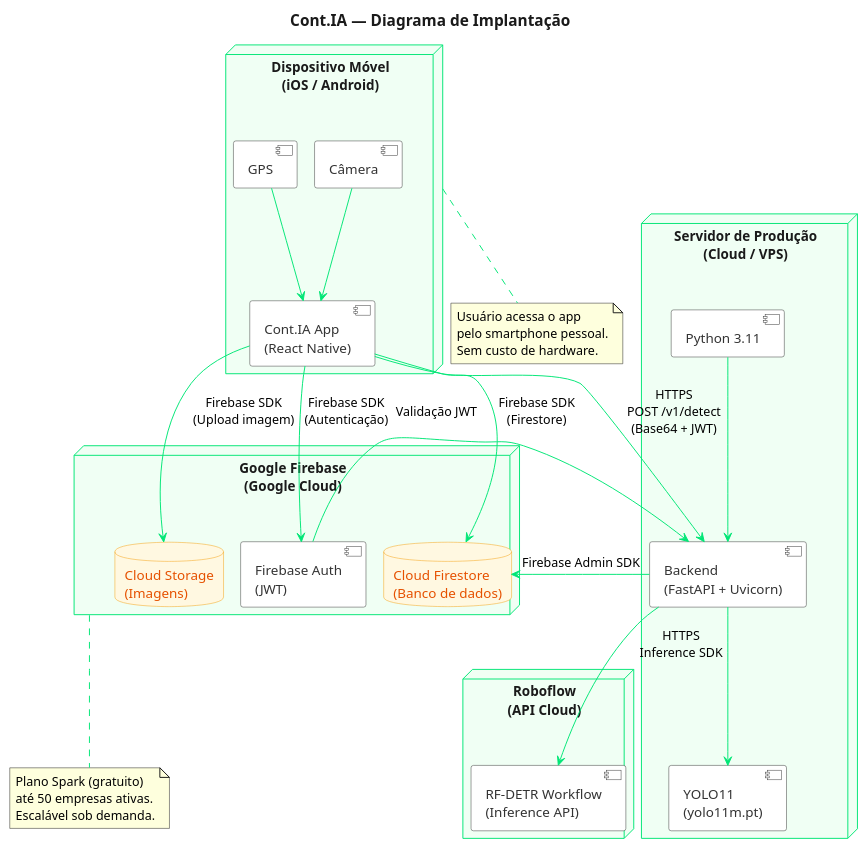
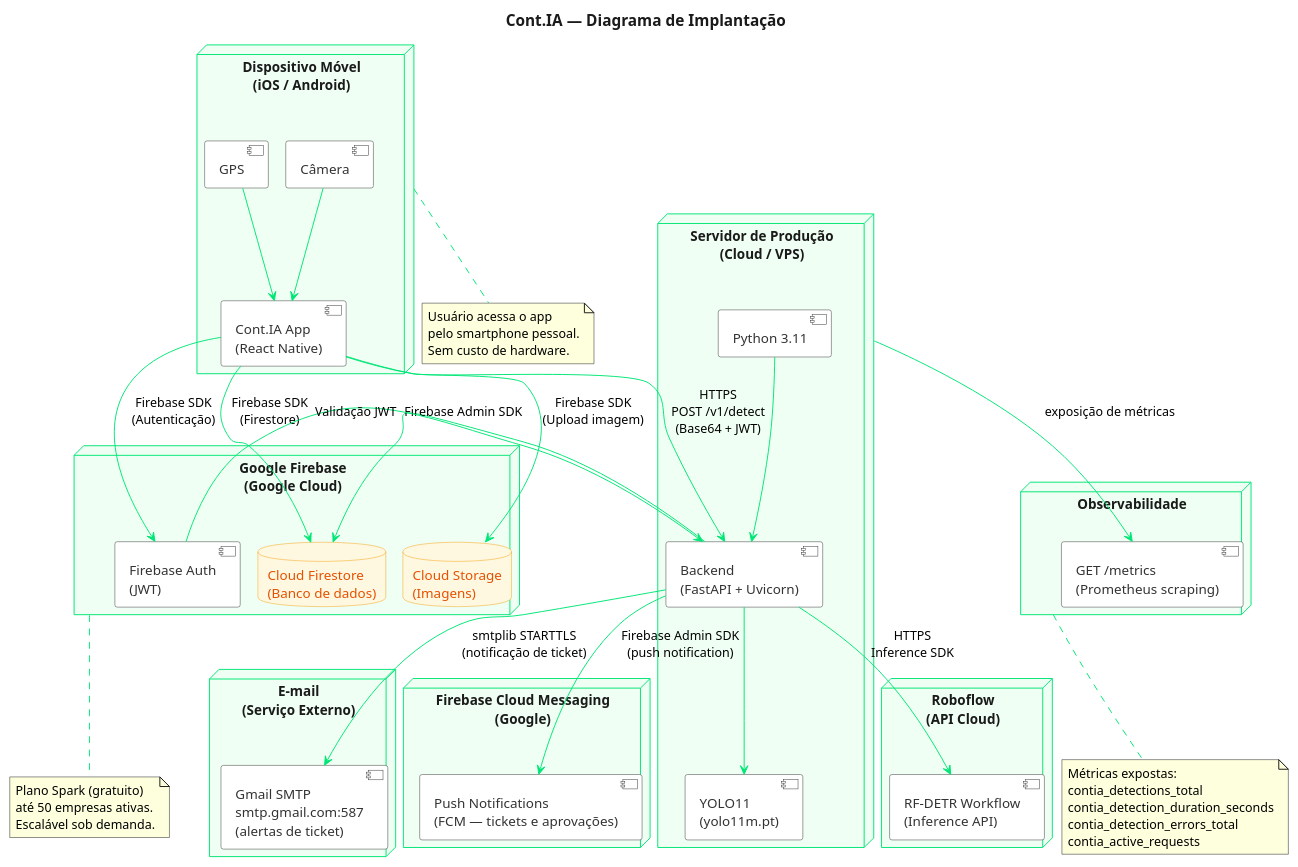
One commit to JuBertoldo/cont-ia changed the diagram in docs/diagramas/05_implantacao.puml. Above: the diagram before and after it, drawn with PlantUML. The commit also changed 6 other files, not shown here.

First line of the commit message:
docs(diagramas): atualizar 7 diagramas para refletir estado real do código

```diff
--- a/docs/diagramas/05_implantacao.puml
+++ b/docs/diagramas/05_implantacao.puml
@@ -1,68 +1,91 @@
 @startuml 05_implantacao
 !pragma layout smetana
 title Cont.IA — Diagrama de Implantação
 
 skinparam backgroundColor #FFFFFF
 skinparam nodeBackgroundColor #F0FFF4
 skinparam nodeBorderColor #00E676
 skinparam nodeFontColor #1A1A1A
 skinparam componentBackgroundColor #FFFFFF
 skinparam componentBorderColor #333333
 skinparam componentFontColor #333333
 skinparam arrowColor #00E676
 skinparam titleFontColor #1A1A1A
 skinparam titleFontSize 16
 skinparam artifactBackgroundColor #1B5E3B
 skinparam artifactBorderColor #00E676
 skinparam artifactFontColor #F1F5F9
 skinparam databaseBackgroundColor #FFF8E1
 skinparam databaseBorderColor #F59E0B
 skinparam databaseFontColor #E65100
 
 node "Dispositivo Móvel\n(iOS / Android)" as DEVICE {
     component "Cont.IA App\n(React Native)" as APP
     component "Câmera" as CAM
     component "GPS" as GPS
     CAM --> APP
     GPS --> APP
 }
 
 node "Servidor de Produção\n(Cloud / VPS)" as SERVER {
     component "Backend\n(FastAPI + Uvicorn)" as API
     component "YOLO11\n(yolo11m.pt)" as YOLO
     component "Python 3.11" as PY
     API --> YOLO
     PY --> API
 }
 
 node "Google Firebase\n(Google Cloud)" as FIREBASE {
     database "Cloud Firestore\n(Banco de dados)" as FS
     database "Cloud Storage\n(Imagens)" as STORAGE
     component "Firebase Auth\n(JWT)" as AUTH
 }
 
 node "Roboflow\n(API Cloud)" as ROBOFLOW {
     component "RF-DETR Workflow\n(Inference API)" as RFDETR
 }
 
+node "E-mail\n(Serviço Externo)" as EMAIL {
+    component "Gmail SMTP\nsmtp.gmail.com:587\n(alertas de ticket)" as SMTP
+}
+
+node "Firebase Cloud Messaging\n(Google)" as FCM {
+    component "Push Notifications\n(FCM — tickets e aprovações)" as PUSH
+}
+
+node "Observabilidade" as OBS {
+    component "GET /metrics\n(Prometheus scraping)" as PROM
+}
+
 APP --> API : HTTPS\nPOST /v1/detect\n(Base64 + JWT)
 API --> RFDETR : HTTPS\nInference SDK
 API --> FS : Firebase Admin SDK
 APP --> FS : Firebase SDK\n(Firestore)
 APP --> STORAGE : Firebase SDK\n(Upload imagem)
 APP --> AUTH : Firebase SDK\n(Autenticação)
 AUTH --> API : Validação JWT
+API --> SMTP : smtplib STARTTLS\n(notificação de ticket)
+API --> PUSH : Firebase Admin SDK\n(push notification)
+SERVER --> PROM : exposição de métricas
 
 note bottom of DEVICE
   Usuário acessa o app
   pelo smartphone pessoal.
   Sem custo de hardware.
 end note
 
 note bottom of FIREBASE
   Plano Spark (gratuito)
   até 50 empresas ativas.
   Escalável sob demanda.
 end note
 
+note bottom of OBS
+  Métricas expostas:
+  contia_detections_total
+  contia_detection_duration_seconds
+  contia_detection_errors_total
+  contia_active_requests
+end note
+
 @enduml
```
